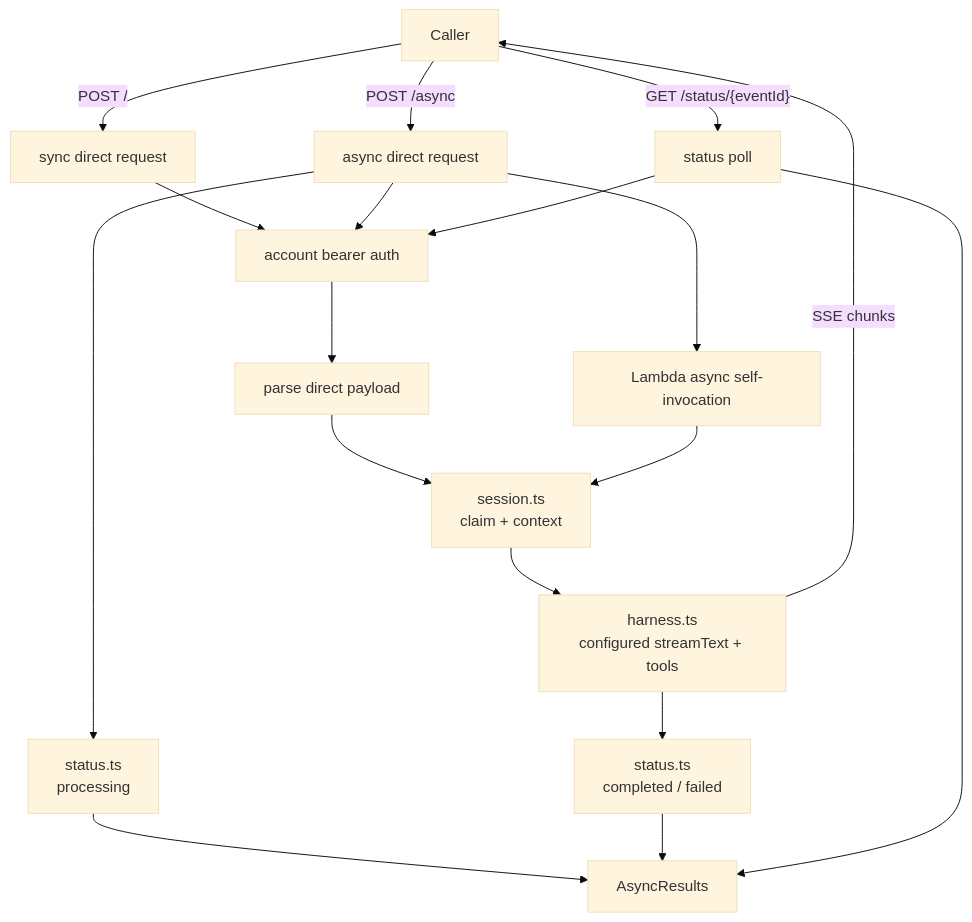
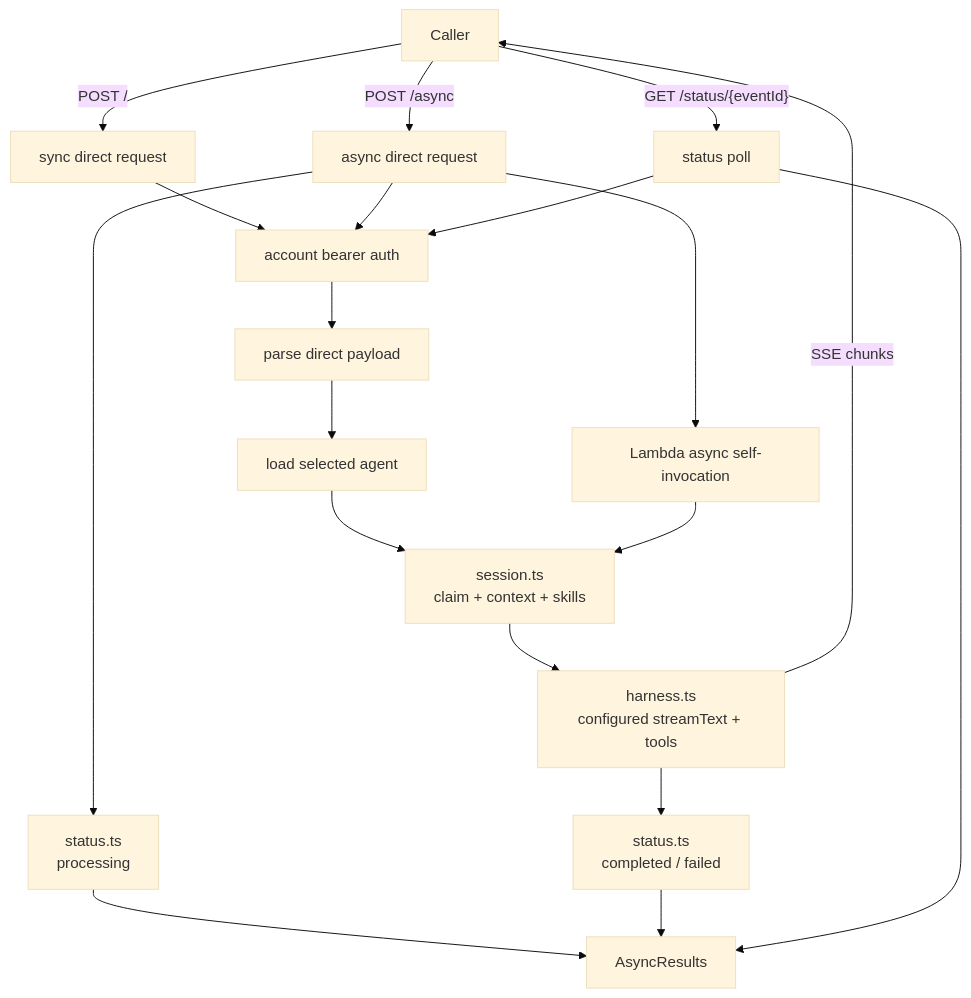
One commit to beeblastco/broods changed the fifth of 7 diagrams in docs/architecture.md. Above: the diagram before and after it, drawn with Mermaid (base theme). The commit also changed other lines of this file and 36 other files, not shown here.

````diff
--- a/docs/architecture.md
+++ b/docs/architecture.md
@@ -101,23 +114,24 @@
 ```mermaid
 flowchart TD
   Caller["Caller"] -->|"POST /"| Sync["sync direct request"]
   Caller -->|"POST /async"| Async["async direct request"]
 
   Sync --> Auth["account bearer auth"]
   Async --> Auth
   Auth --> Parse["parse direct payload"]
-  Parse --> Session["session.ts<br/>claim + context"]
+  Parse --> AgentLookup["load selected agent"]
+  AgentLookup --> Session["session.ts<br/>claim + context + skills"]
   Session --> Agent["harness.ts<br/>configured streamText + tools"]
   Agent -->|"SSE chunks"| Caller
 
   Async --> Pending["status.ts<br/>processing"]
   Pending --> AsyncTable["AsyncResults"]
   Async --> SelfInvoke["Lambda async self-invocation"]
   SelfInvoke --> Session
   Agent --> Complete["status.ts<br/>completed / failed"]
   Complete --> AsyncTable
 
   Caller -->|"GET /status/{eventId}"| Status["status poll"]
   Status --> Auth
   Status --> AsyncTable
 ```
````
